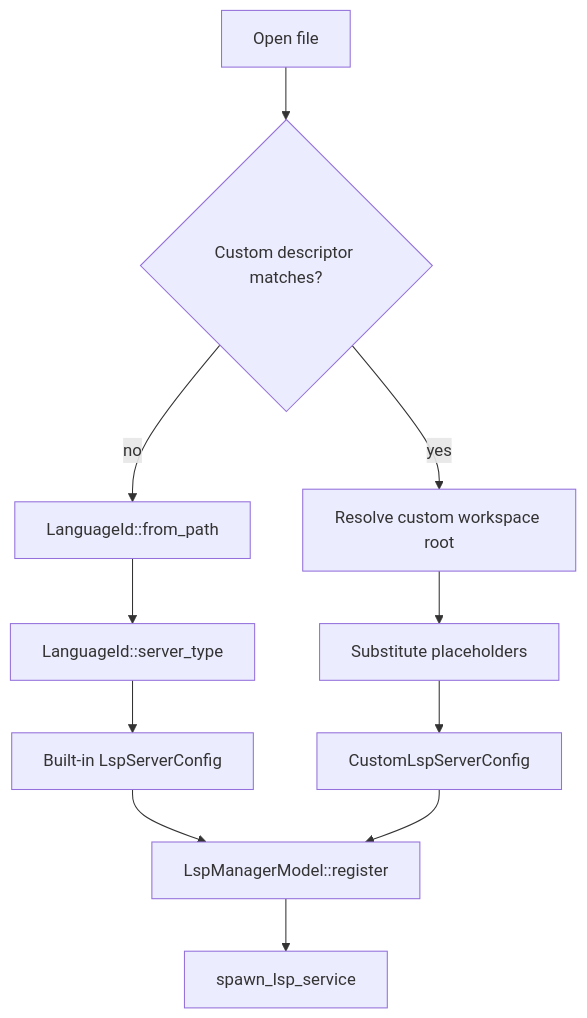
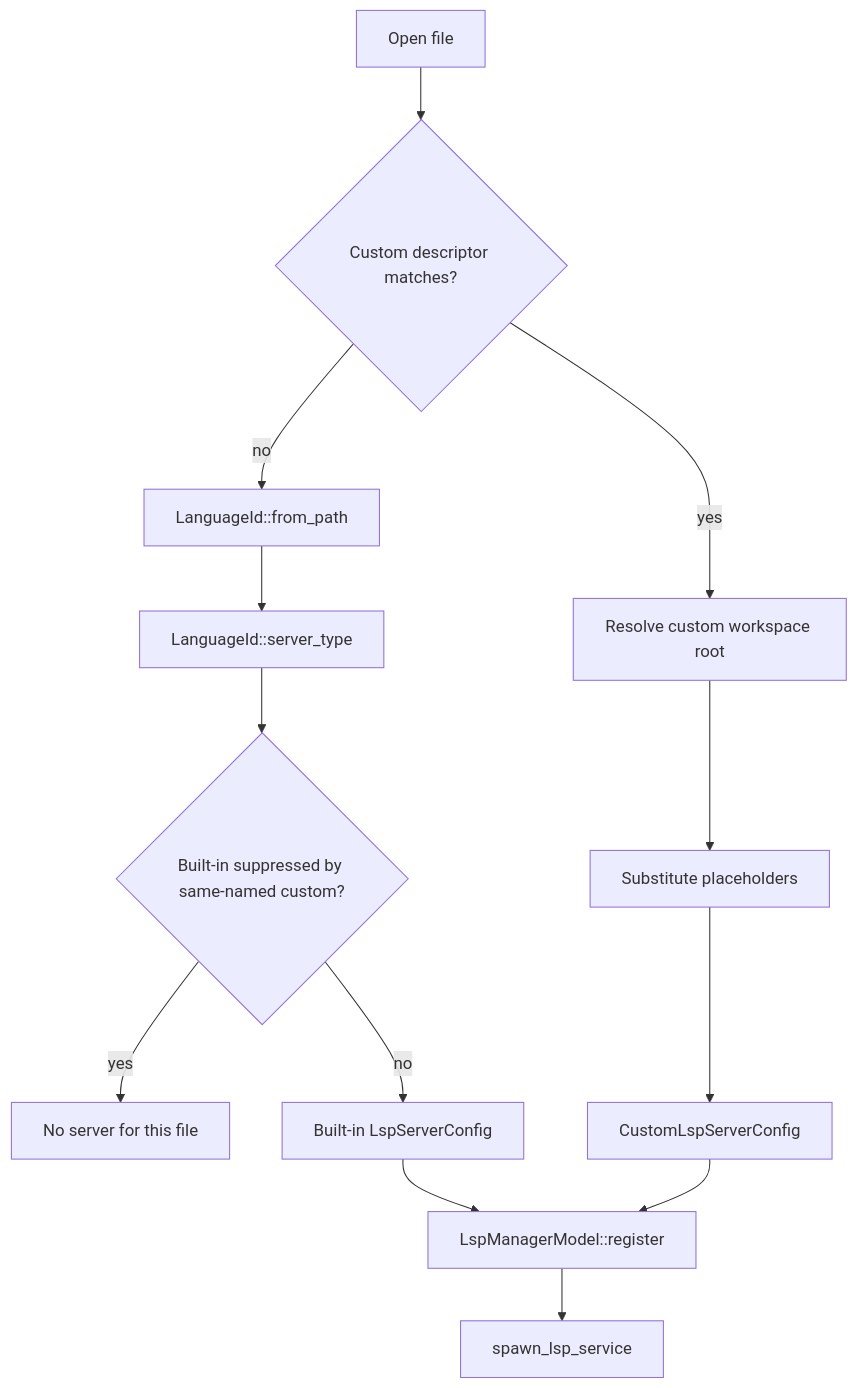
The diagram in specs/gh-8803/tech.md (warpdotdev/warp), drawn with Mermaid before and after one commit. The commit also changed other lines of this file and 1 other file, not shown here.

````diff
--- a/specs/gh-8803/tech.md
+++ b/specs/gh-8803/tech.md
@@ -424,13 +448,15 @@
 ```mermaid
 flowchart TD
     A[Open file] --> B{Custom descriptor matches?}
     B -->|yes| C[Resolve custom workspace root]
     B -->|no| D[LanguageId::from_path]
     D --> E[LanguageId::server_type]
-    E --> F[Built-in LspServerConfig]
+    E --> S{Built-in suppressed by same-named custom?}
+    S -->|yes| X[No server for this file]
+    S -->|no| F[Built-in LspServerConfig]
     C --> G[Substitute placeholders]
     G --> H[CustomLspServerConfig]
     F --> I[LspManagerModel::register]
     H --> I
     I --> J[spawn_lsp_service]
 ```
````
